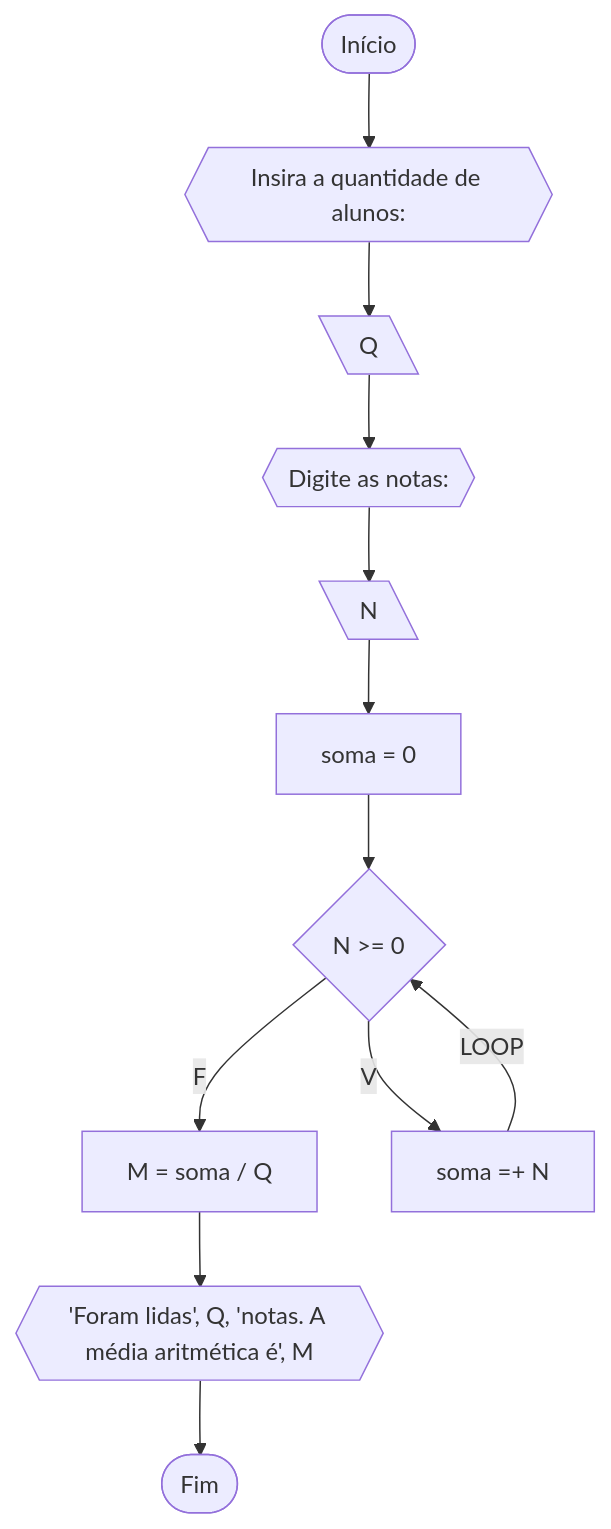
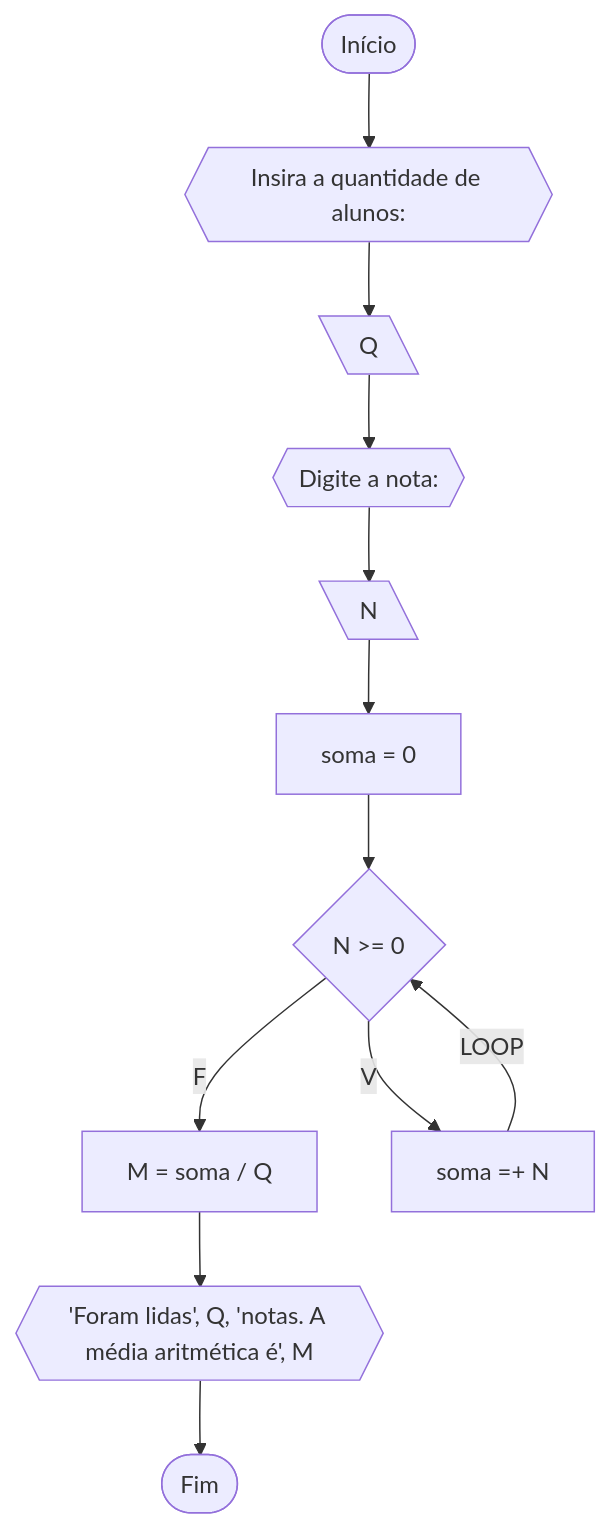
Before and after one commit to Jandih/Unifor: the fourth of 4 diagrams in RLA/lista_exercicio_3.md, drawn with Mermaid. The commit also changed other lines of this file, not shown here.

`````diff
--- a/RLA/lista_exercicio_3.md
+++ b/RLA/lista_exercicio_3.md
@@ -98,14 +98,14 @@
 ````mermaid
 flowchart TD
 A([Início]) --> B{{Insira a quantidade de alunos:}}
 B --> C[\Q\]
 M --> D{N >= 0}
 D --F--> H[M = soma / Q]
 H --> I{{'Foram lidas', Q, 'notas. A média aritmética é', M}}
 I --> J([Fim])
 D --V--> F[soma =+ N]
 F --LOOP--> D
-C --> K{{Digite as notas:}}
+C --> K{{Digite a nota:}}
 K --> L[\N\]
 L --> M[soma = 0]
 ````
`````
